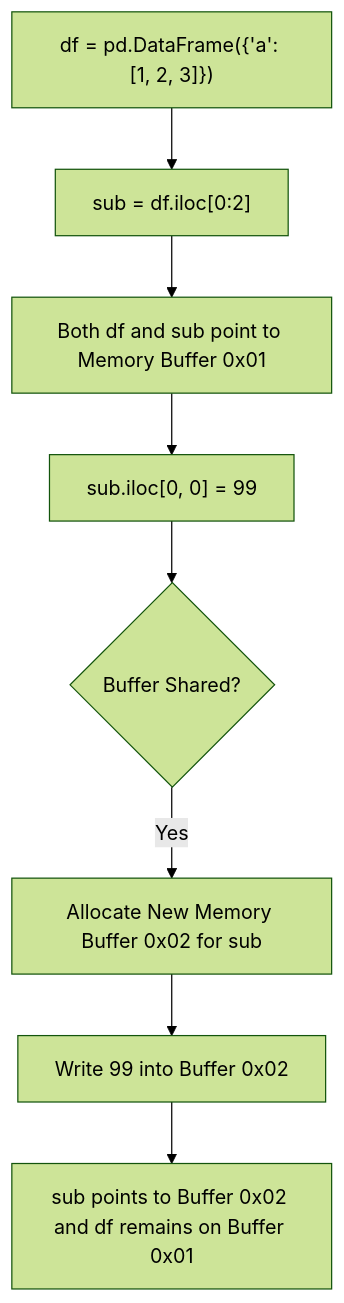
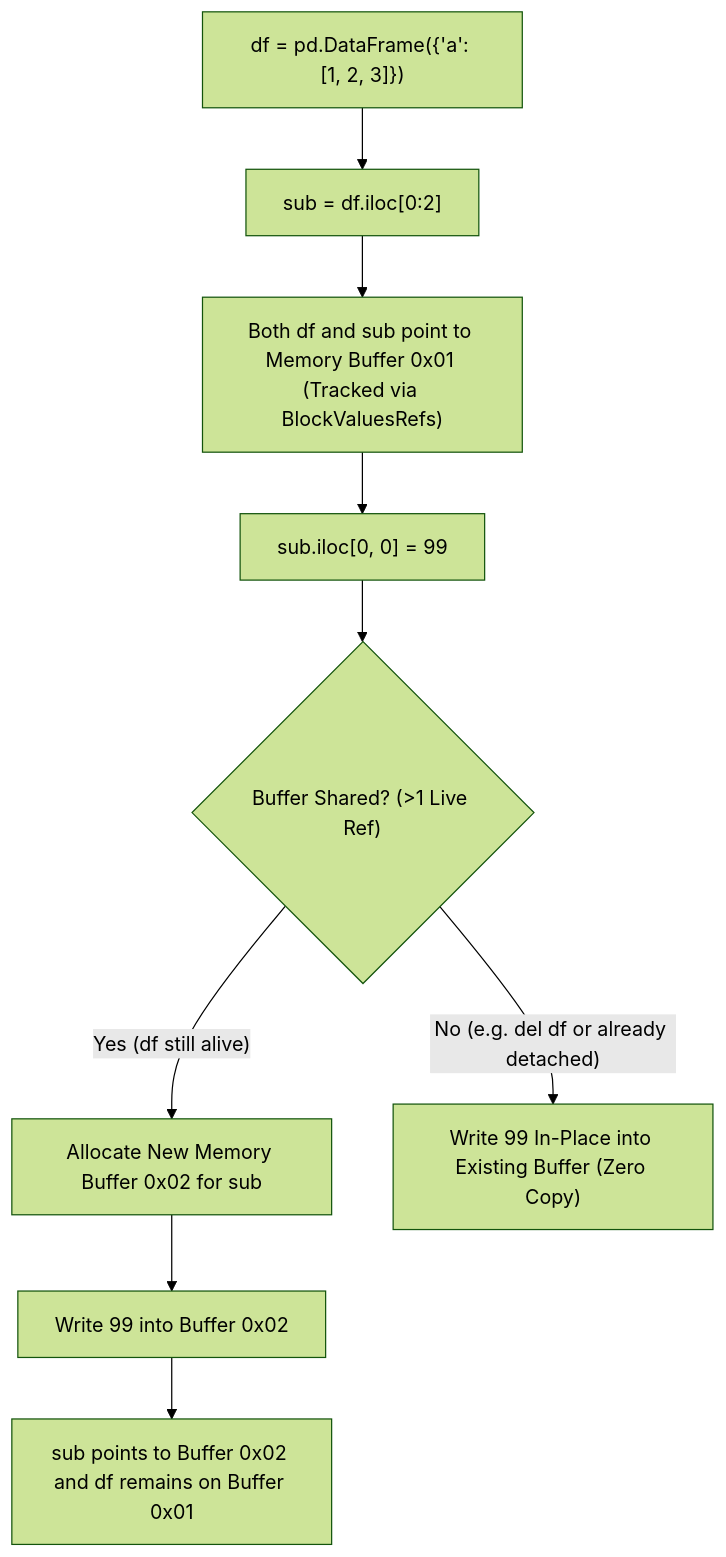
One commit to LyzanderAndrylie/note changed the third of 5 diagrams in software-engineer/lib/python/pandas.md. Above: the diagram before and after it, drawn with Mermaid (forest theme). The commit also changed other lines of this file, not shown here.

````diff
--- a/software-engineer/lib/python/pandas.md
+++ b/software-engineer/lib/python/pandas.md
@@ -210,10 +314,11 @@
 ```mermaid
 flowchart TD
     Init["df = pd.DataFrame({'a': [1, 2, 3]})"] --> Slice["sub = df.iloc[0:2]"]
-    Slice --> Shared["Both df and sub point to Memory Buffer 0x01"]
+    Slice --> Shared["Both df and sub point to Memory Buffer 0x01 (Tracked via BlockValuesRefs)"]
     Shared --> Mutate["sub.iloc[0, 0] = 99"]
-    Mutate --> CheckRef{Buffer Shared?}
-    CheckRef -->|Yes| Clone["Allocate New Memory Buffer 0x02 for sub"]
+    Mutate --> CheckRef{"Buffer Shared? (>1 Live Ref)"}
+    CheckRef -->|"Yes (df still alive)"| Clone["Allocate New Memory Buffer 0x02 for sub"]
     Clone --> Apply["Write 99 into Buffer 0x02"]
     Apply --> Detach["sub points to Buffer 0x02 and df remains on Buffer 0x01"]
+    CheckRef -->|"No (e.g. del df or already detached)"| InPlace["Write 99 In-Place into Existing Buffer (Zero Copy)"]
 ```
````
